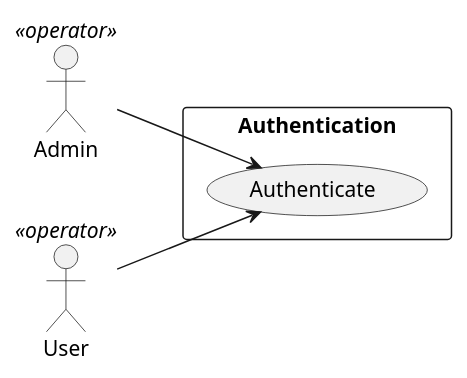
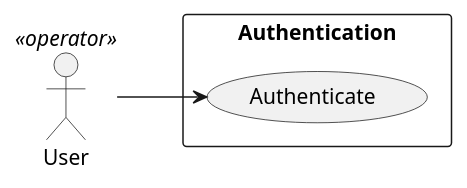
The diagram in diagrams/UseCases/UseCase_Authentication.puml (Xwyk/BileMo), drawn with PlantUML before and after one commit. The commit also changed 1 other file, not shown here.

Commit message:
Admin role update

```diff
--- a/diagrams/UseCases/UseCase_Authentication.puml
+++ b/diagrams/UseCases/UseCase_Authentication.puml
@@ -1,16 +1,14 @@
 @startuml
 
 left to right direction
 
 
-Admin    <<operator>> as admin
 User    <<operator>> as user
 
 rectangle "Authentication" {
   (Authenticate) as auth
 }
 
-admin --> auth
 user --> auth
 
 @enduml
```
